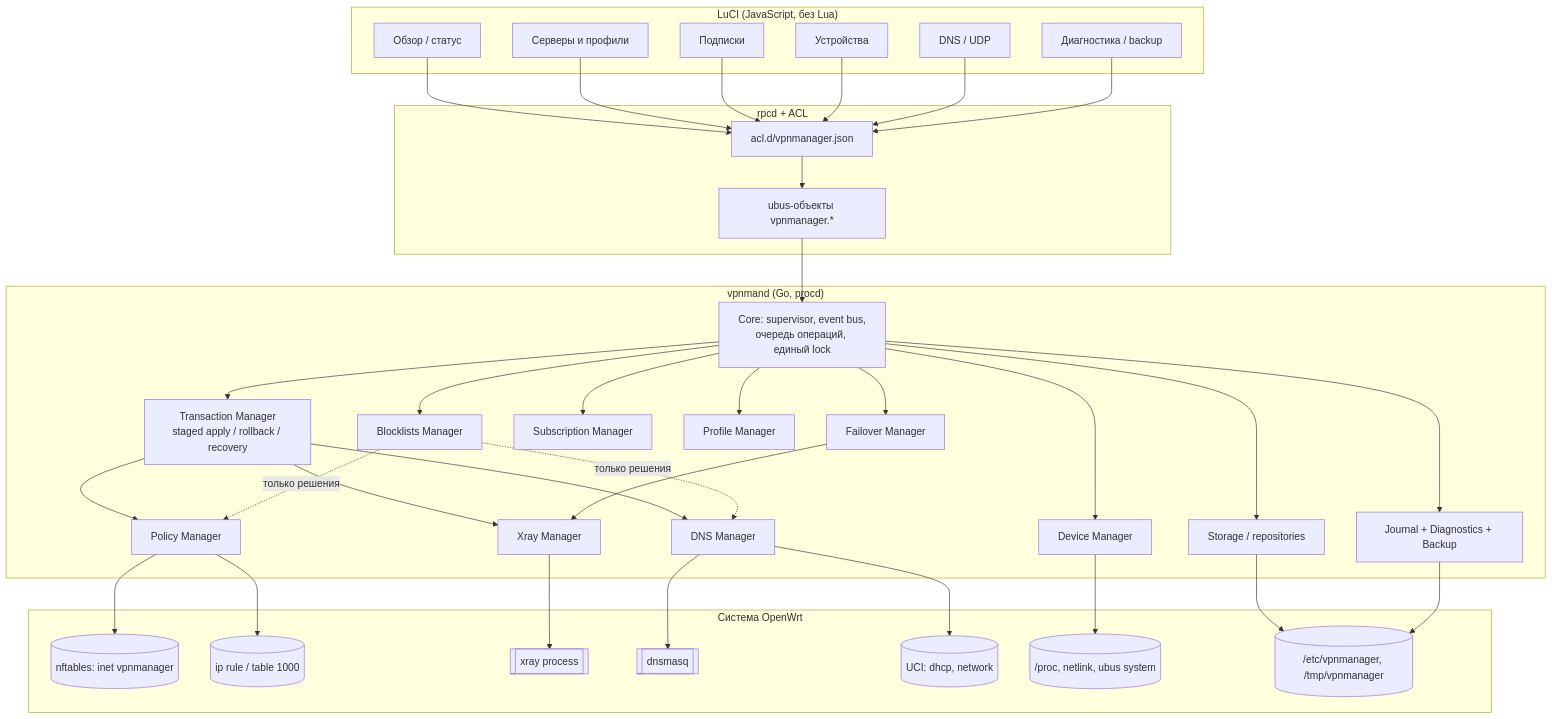
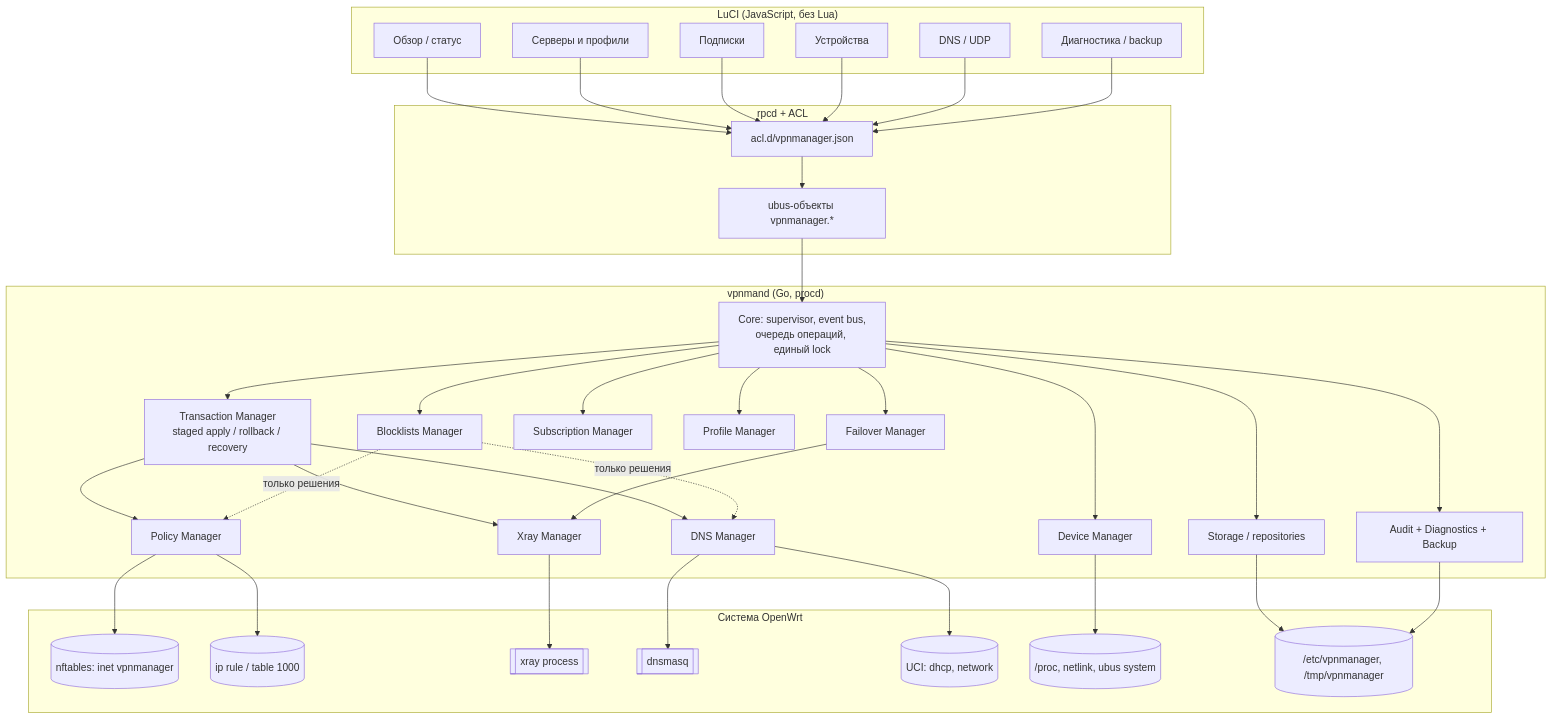
Before and after one commit to vvidomina/vpn-manager-openwrt: the first of 9 diagrams in analysis/10-stage2-architecture.md, drawn with Mermaid. The commit also changed other lines of this file and 30 other files, not shown here.

First line of the commit message:
docs(architecture): актуализация U9 и усиление fail-closed

````diff
--- a/analysis/10-stage2-architecture.md
+++ b/analysis/10-stage2-architecture.md
@@ -39,56 +41,56 @@
 ```mermaid
 graph TD
     subgraph UI["LuCI (JavaScript, без Lua)"]
         V1[Обзор / статус]
         V2[Серверы и профили]
         V3[Подписки]
         V4[Устройства]
         V5[DNS / UDP]
         V6[Диагностика / backup]
     end
 
     subgraph RPC["rpcd + ACL"]
         ACL[acl.d/vpnmanager.json]
         OBJ[ubus-объекты vpnmanager.*]
     end
 
     subgraph D["vpnmand (Go, procd)"]
         CORE[Core: supervisor, event bus,<br/>очередь операций, единый lock]
         TX[Transaction Manager<br/>staged apply / rollback / recovery]
         POL[Policy Manager]
         XM[Xray Manager]
         DNS[DNS Manager]
         BL[Blocklists Manager]
         DEV[Device Manager]
         SUB[Subscription Manager]
         PROF[Profile Manager]
         FO[Failover Manager]
         ST[Storage / repositories]
-        J[Journal + Diagnostics + Backup]
+        J[Audit + Diagnostics + Backup]
     end
 
     subgraph SYS["Система OpenWrt"]
         NFT[(nftables: inet vpnmanager)]
         RULE[(ip rule / table 1000)]
         XR[[xray process]]
         DM[[dnsmasq]]
         UCI[(UCI: dhcp, network)]
         PROC[(/proc, netlink, ubus system)]
         FS[(/etc/vpnmanager, /tmp/vpnmanager)]
     end
 
     V1 & V2 & V3 & V4 & V5 & V6 --> ACL --> OBJ --> CORE
     CORE --> TX
     TX --> POL & XM & DNS
     CORE --> DEV & SUB & PROF & FO
     CORE --> ST & J
     POL --> NFT & RULE
     XM --> XR
     DNS --> DM & UCI
     CORE --> BL
     BL -.->|только решения| POL & DNS
     DEV --> PROC
     ST --> FS
     J --> FS
     FO --> XM
 ```
````
